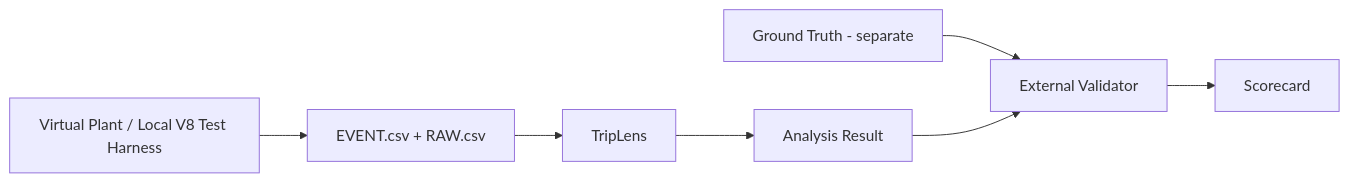
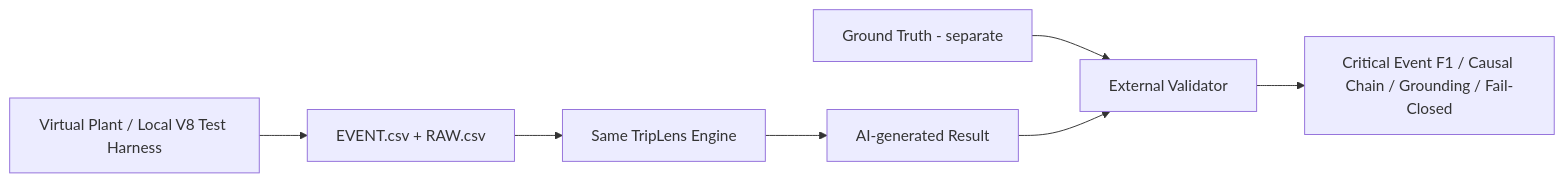
One commit to khaku25/triplens-thermosyspro-cloud-runner changed the second of 2 diagrams in SUBMISSION_KIEE2026/REQUIRED/01_SYSTEM_ARCHITECTURE.md. Above: the diagram before and after it, drawn with Mermaid. The commit also changed other lines of this file, not shown here.

Commit message:
Refocus architecture on agent-generated causal chain

````diff
--- a/SUBMISSION_KIEE2026/REQUIRED/01_SYSTEM_ARCHITECTURE.md
+++ b/SUBMISSION_KIEE2026/REQUIRED/01_SYSTEM_ARCHITECTURE.md
@@ -66,9 +135,9 @@
 ```mermaid
 flowchart LR
     V["Virtual Plant / Local V8 Test Harness"] --> E["EVENT.csv + RAW.csv"]
-    E --> T["TripLens"]
-    T --> R["Analysis Result"]
+    E --> T["Same TripLens Engine"]
+    T --> R["AI-generated Result"]
     G["Ground Truth - separate"] --> X["External Validator"]
     R --> X
-    X --> S["Scorecard"]
+    X --> S["Critical Event F1 / Causal Chain / Grounding / Fail-Closed"]
 ```
````
